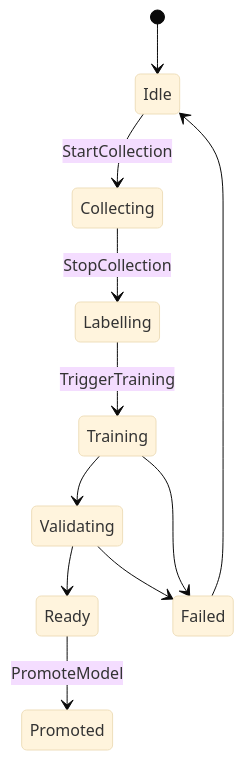
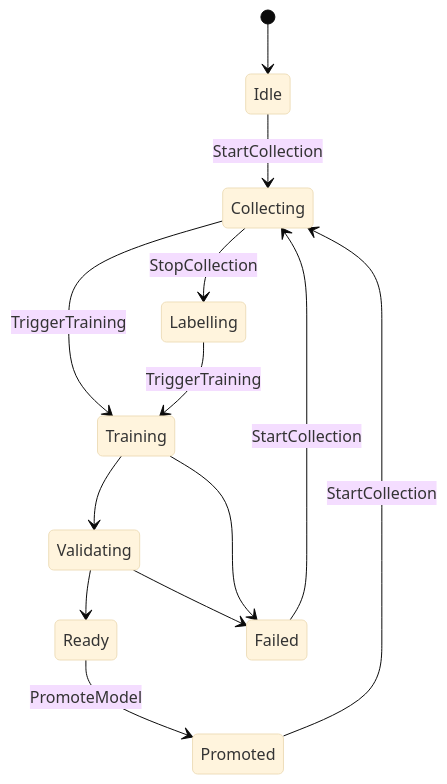
One commit to marcschier/opcua-drafts changed the second of 2 diagrams in metaverse-specs/ai-deployment/OPC-UA-AI-Deployment.md. Above: the diagram before and after it, drawn with Mermaid (base theme). The commit also changed other lines of this file and 12 other files, not shown here.

````diff
--- a/metaverse-specs/ai-deployment/OPC-UA-AI-Deployment.md
+++ b/metaverse-specs/ai-deployment/OPC-UA-AI-Deployment.md
@@ -162,13 +162,15 @@
 ```mermaid
 stateDiagram-v2
     [*] --> Idle
     Idle --> Collecting: StartCollection
     Collecting --> Labelling: StopCollection
+    Collecting --> Training: TriggerTraining
     Labelling --> Training: TriggerTraining
     Training --> Validating
     Validating --> Ready
+    Validating --> Failed
     Ready --> Promoted: PromoteModel
+    Promoted --> Collecting: StartCollection
     Training --> Failed
-    Validating --> Failed
-    Failed --> Idle
+    Failed --> Collecting: StartCollection
 ```
````
